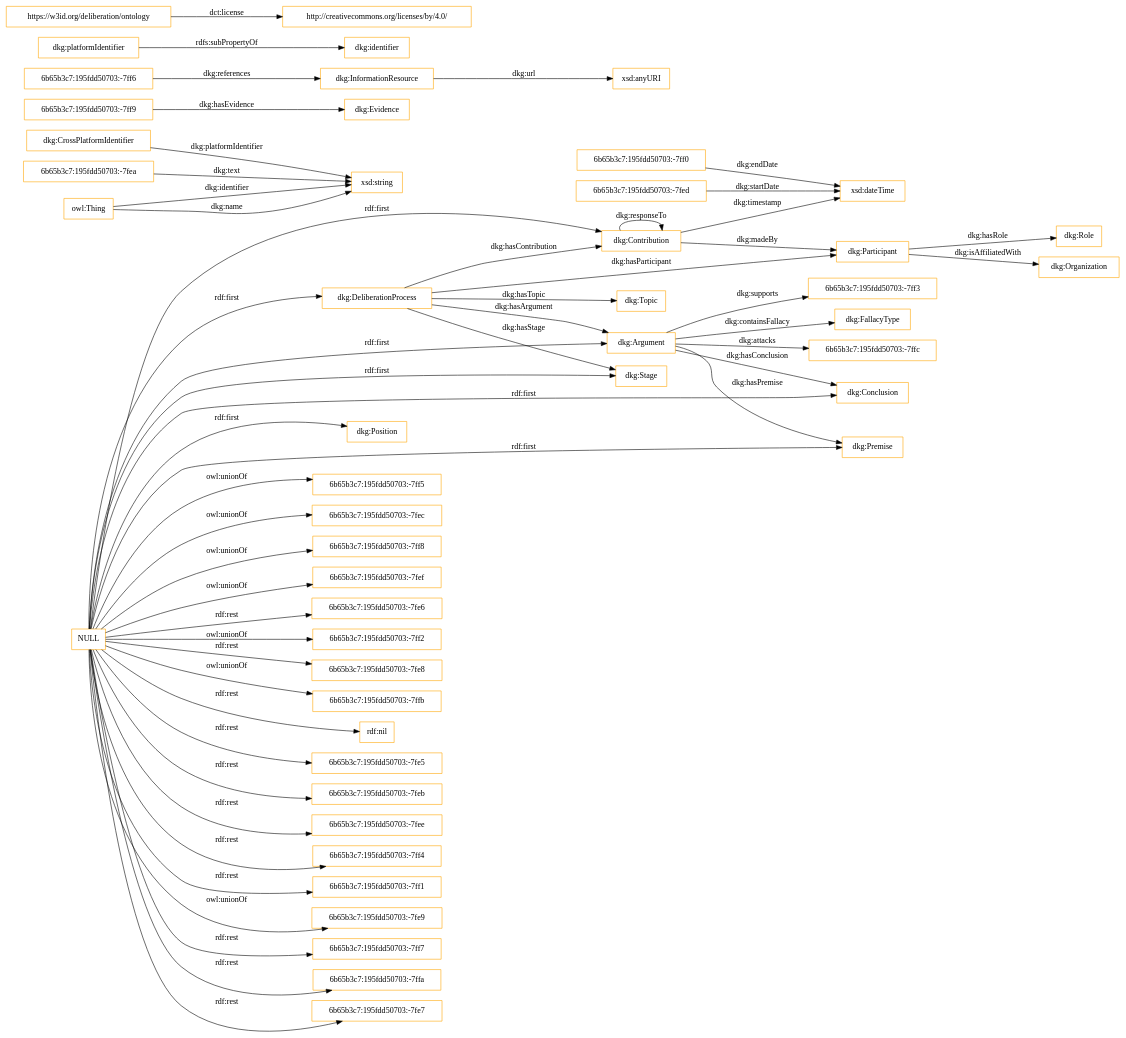
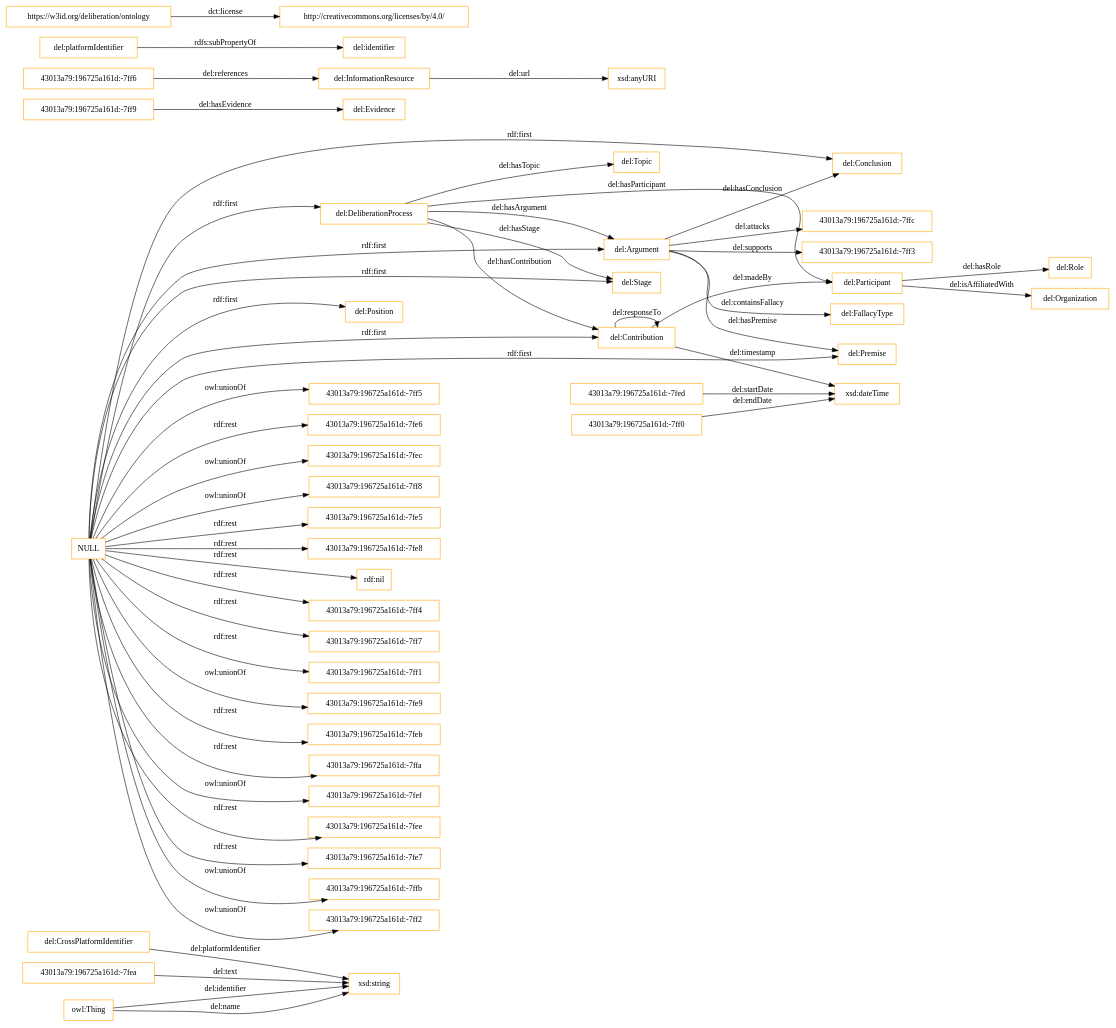
One commit to Stocastico96/Deliberation-Knowledge-Graph changed the diagram in OnToology/ontologies/deliberation.owl/diagrams/ar2dtool-class/deliberation.owl.png.dot. Above: the diagram before and after it, drawn with Graphviz. The commit also changed 40 other files, not shown here.

```diff
--- a/OnToology/ontologies/deliberation.owl/diagrams/ar2dtool-class/deliberation.owl.png.dot
+++ b/OnToology/ontologies/deliberation.owl/diagrams/ar2dtool-class/deliberation.owl.png.dot
@@ -1,57 +1,57 @@
 digraph ar2dtool_diagram { 
 rankdir=LR;
 size="1501"
-node [shape = rectangle, color="orange"]; "6b65b3c7:195fdd50703:-7ff0" "dkg:CrossPlatformIdentifier" "dkg:Role" "dkg:Conclusion" "6b65b3c7:195fdd50703:-7ffc" "dkg:Topic" "dkg:Evidence" "dkg:DeliberationProcess" "6b65b3c7:195fdd50703:-7ff9" "dkg:Participant" "dkg:Argument" "6b65b3c7:195fdd50703:-7ff3" "dkg:Organization" "dkg:InformationResource" "dkg:Stage" "dkg:FallacyType" "6b65b3c7:195fdd50703:-7fea" "dkg:Position" "dkg:Contribution" "6b65b3c7:195fdd50703:-7ff6" "dkg:Premise" "6b65b3c7:195fdd50703:-7fed" ; /*classes style*/
-	"NULL" -> "6b65b3c7:195fdd50703:-7ff5" [ label = "owl:unionOf" ];
-	"NULL" -> "6b65b3c7:195fdd50703:-7fec" [ label = "owl:unionOf" ];
-	"NULL" -> "dkg:Conclusion" [ label = "rdf:first" ];
-	"NULL" -> "6b65b3c7:195fdd50703:-7ff8" [ label = "owl:unionOf" ];
-	"NULL" -> "dkg:Argument" [ label = "rdf:first" ];
-	"NULL" -> "6b65b3c7:195fdd50703:-7fef" [ label = "owl:unionOf" ];
-	"NULL" -> "dkg:Premise" [ label = "rdf:first" ];
-	"NULL" -> "6b65b3c7:195fdd50703:-7fe6" [ label = "rdf:rest" ];
-	"NULL" -> "6b65b3c7:195fdd50703:-7ff2" [ label = "owl:unionOf" ];
-	"NULL" -> "6b65b3c7:195fdd50703:-7fe8" [ label = "rdf:rest" ];
-	"NULL" -> "6b65b3c7:195fdd50703:-7ffb" [ label = "owl:unionOf" ];
-	"NULL" -> "dkg:Position" [ label = "rdf:first" ];
-	"NULL" -> "dkg:DeliberationProcess" [ label = "rdf:first" ];
+node [shape = rectangle, color="orange"]; "del:CrossPlatformIdentifier" "del:Role" "43013a79:196725a161d:-7ffc" "del:Conclusion" "del:Topic" "43013a79:196725a161d:-7ff9" "del:Evidence" "del:DeliberationProcess" "43013a79:196725a161d:-7ff3" "del:Participant" "del:Argument" "del:Organization" "del:InformationResource" "del:Stage" "del:FallacyType" "43013a79:196725a161d:-7ff6" "del:Position" "del:Contribution" "43013a79:196725a161d:-7ff0" "del:Premise" "43013a79:196725a161d:-7fea" "43013a79:196725a161d:-7fed" ; /*classes style*/
+	"NULL" -> "43013a79:196725a161d:-7ff5" [ label = "owl:unionOf" ];
+	"NULL" -> "del:Conclusion" [ label = "rdf:first" ];
+	"NULL" -> "43013a79:196725a161d:-7fe6" [ label = "rdf:rest" ];
+	"NULL" -> "del:Argument" [ label = "rdf:first" ];
+	"NULL" -> "del:Premise" [ label = "rdf:first" ];
+	"NULL" -> "43013a79:196725a161d:-7fec" [ label = "owl:unionOf" ];
+	"NULL" -> "43013a79:196725a161d:-7ff8" [ label = "owl:unionOf" ];
+	"NULL" -> "43013a79:196725a161d:-7fe5" [ label = "rdf:rest" ];
+	"NULL" -> "del:Position" [ label = "rdf:first" ];
+	"NULL" -> "43013a79:196725a161d:-7fe8" [ label = "rdf:rest" ];
+	"NULL" -> "del:DeliberationProcess" [ label = "rdf:first" ];
 	"NULL" -> "rdf:nil" [ label = "rdf:rest" ];
-	"NULL" -> "6b65b3c7:195fdd50703:-7fe5" [ label = "rdf:rest" ];
-	"NULL" -> "6b65b3c7:195fdd50703:-7feb" [ label = "rdf:rest" ];
-	"NULL" -> "6b65b3c7:195fdd50703:-7fee" [ label = "rdf:rest" ];
-	"NULL" -> "6b65b3c7:195fdd50703:-7ff4" [ label = "rdf:rest" ];
-	"NULL" -> "6b65b3c7:195fdd50703:-7ff1" [ label = "rdf:rest" ];
-	"NULL" -> "6b65b3c7:195fdd50703:-7fe9" [ label = "owl:unionOf" ];
-	"NULL" -> "6b65b3c7:195fdd50703:-7ff7" [ label = "rdf:rest" ];
-	"NULL" -> "6b65b3c7:195fdd50703:-7ffa" [ label = "rdf:rest" ];
-	"NULL" -> "dkg:Stage" [ label = "rdf:first" ];
-	"NULL" -> "6b65b3c7:195fdd50703:-7fe7" [ label = "rdf:rest" ];
-	"NULL" -> "dkg:Contribution" [ label = "rdf:first" ];
-	"dkg:platformIdentifier" -> "dkg:identifier" [ label = "rdfs:subPropertyOf" ];
+	"NULL" -> "43013a79:196725a161d:-7ff4" [ label = "rdf:rest" ];
+	"NULL" -> "43013a79:196725a161d:-7ff7" [ label = "rdf:rest" ];
+	"NULL" -> "43013a79:196725a161d:-7ff1" [ label = "rdf:rest" ];
+	"NULL" -> "43013a79:196725a161d:-7fe9" [ label = "owl:unionOf" ];
+	"NULL" -> "43013a79:196725a161d:-7feb" [ label = "rdf:rest" ];
+	"NULL" -> "43013a79:196725a161d:-7ffa" [ label = "rdf:rest" ];
+	"NULL" -> "43013a79:196725a161d:-7fef" [ label = "owl:unionOf" ];
+	"NULL" -> "43013a79:196725a161d:-7fee" [ label = "rdf:rest" ];
+	"NULL" -> "del:Stage" [ label = "rdf:first" ];
+	"NULL" -> "43013a79:196725a161d:-7fe7" [ label = "rdf:rest" ];
+	"NULL" -> "43013a79:196725a161d:-7ffb" [ label = "owl:unionOf" ];
+	"NULL" -> "43013a79:196725a161d:-7ff2" [ label = "owl:unionOf" ];
+	"NULL" -> "del:Contribution" [ label = "rdf:first" ];
+	"del:platformIdentifier" -> "del:identifier" [ label = "rdfs:subPropertyOf" ];
 	"https://w3id.org/deliberation/ontology" -> "http://creativecommons.org/licenses/by/4.0/" [ label = "dct:license" ];
-	"dkg:CrossPlatformIdentifier" -> "xsd:string" [ label = "dkg:platformIdentifier" ];
-	"dkg:Participant" -> "dkg:Role" [ label = "dkg:hasRole" ];
-	"dkg:Argument" -> "6b65b3c7:195fdd50703:-7ffc" [ label = "dkg:attacks" ];
-	"owl:Thing" -> "xsd:string" [ label = "dkg:identifier" ];
-	"dkg:DeliberationProcess" -> "dkg:Argument" [ label = "dkg:hasArgument" ];
-	"6b65b3c7:195fdd50703:-7ff9" -> "dkg:Evidence" [ label = "dkg:hasEvidence" ];
-	"dkg:Participant" -> "dkg:Organization" [ label = "dkg:isAffiliatedWith" ];
-	"dkg:DeliberationProcess" -> "dkg:Contribution" [ label = "dkg:hasContribution" ];
-	"6b65b3c7:195fdd50703:-7fed" -> "xsd:dateTime" [ label = "dkg:startDate" ];
-	"dkg:InformationResource" -> "xsd:anyURI" [ label = "dkg:url" ];
-	"dkg:Contribution" -> "dkg:Participant" [ label = "dkg:madeBy" ];
-	"dkg:Argument" -> "dkg:Conclusion" [ label = "dkg:hasConclusion" ];
-	"dkg:Contribution" -> "xsd:dateTime" [ label = "dkg:timestamp" ];
-	"6b65b3c7:195fdd50703:-7ff6" -> "dkg:InformationResource" [ label = "dkg:references" ];
-	"dkg:Argument" -> "dkg:FallacyType" [ label = "dkg:containsFallacy" ];
-	"6b65b3c7:195fdd50703:-7ff0" -> "xsd:dateTime" [ label = "dkg:endDate" ];
-	"dkg:Argument" -> "dkg:Premise" [ label = "dkg:hasPremise" ];
-	"dkg:DeliberationProcess" -> "dkg:Topic" [ label = "dkg:hasTopic" ];
-	"6b65b3c7:195fdd50703:-7fea" -> "xsd:string" [ label = "dkg:text" ];
-	"dkg:Contribution" -> "dkg:Contribution" [ label = "dkg:responseTo" ];
-	"dkg:DeliberationProcess" -> "dkg:Stage" [ label = "dkg:hasStage" ];
-	"dkg:Argument" -> "6b65b3c7:195fdd50703:-7ff3" [ label = "dkg:supports" ];
-	"owl:Thing" -> "xsd:string" [ label = "dkg:name" ];
-	"dkg:DeliberationProcess" -> "dkg:Participant" [ label = "dkg:hasParticipant" ];
+	"del:CrossPlatformIdentifier" -> "xsd:string" [ label = "del:platformIdentifier" ];
+	"del:Participant" -> "del:Role" [ label = "del:hasRole" ];
+	"del:Argument" -> "43013a79:196725a161d:-7ffc" [ label = "del:attacks" ];
+	"owl:Thing" -> "xsd:string" [ label = "del:identifier" ];
+	"del:DeliberationProcess" -> "del:Argument" [ label = "del:hasArgument" ];
+	"43013a79:196725a161d:-7ff9" -> "del:Evidence" [ label = "del:hasEvidence" ];
+	"del:Participant" -> "del:Organization" [ label = "del:isAffiliatedWith" ];
+	"del:DeliberationProcess" -> "del:Contribution" [ label = "del:hasContribution" ];
+	"43013a79:196725a161d:-7fed" -> "xsd:dateTime" [ label = "del:startDate" ];
+	"del:InformationResource" -> "xsd:anyURI" [ label = "del:url" ];
+	"del:Contribution" -> "del:Participant" [ label = "del:madeBy" ];
+	"del:Argument" -> "del:Conclusion" [ label = "del:hasConclusion" ];
+	"del:Contribution" -> "xsd:dateTime" [ label = "del:timestamp" ];
+	"43013a79:196725a161d:-7ff6" -> "del:InformationResource" [ label = "del:references" ];
+	"del:Argument" -> "del:FallacyType" [ label = "del:containsFallacy" ];
+	"43013a79:196725a161d:-7ff0" -> "xsd:dateTime" [ label = "del:endDate" ];
+	"del:Argument" -> "del:Premise" [ label = "del:hasPremise" ];
+	"del:DeliberationProcess" -> "del:Topic" [ label = "del:hasTopic" ];
+	"43013a79:196725a161d:-7fea" -> "xsd:string" [ label = "del:text" ];
+	"del:Contribution" -> "del:Contribution" [ label = "del:responseTo" ];
+	"del:DeliberationProcess" -> "del:Stage" [ label = "del:hasStage" ];
+	"del:Argument" -> "43013a79:196725a161d:-7ff3" [ label = "del:supports" ];
+	"owl:Thing" -> "xsd:string" [ label = "del:name" ];
+	"del:DeliberationProcess" -> "del:Participant" [ label = "del:hasParticipant" ];
 
 }
```
